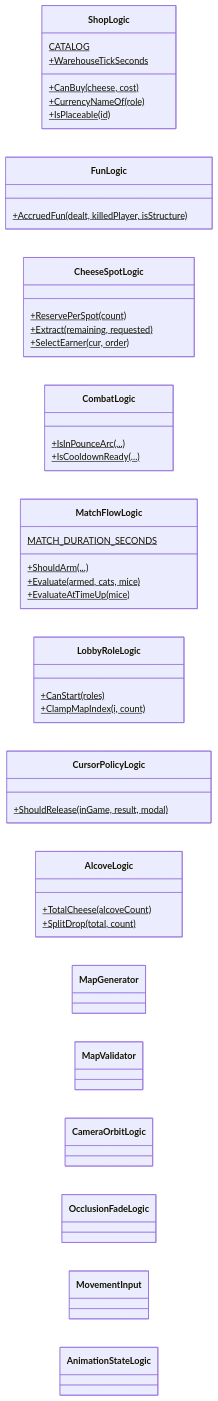
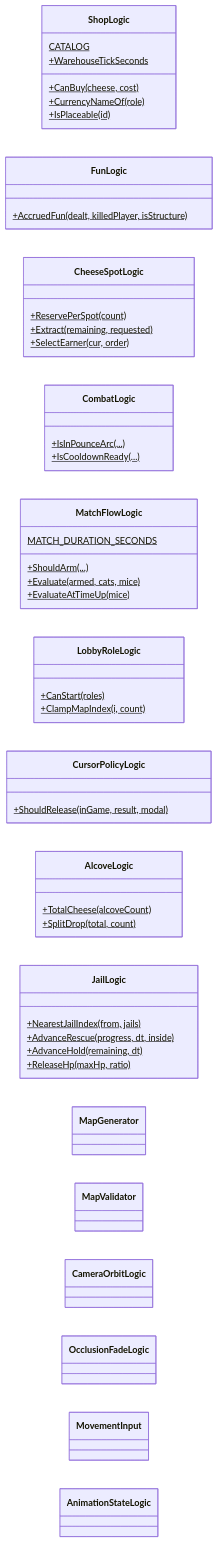
Before and after one commit to JeahanPark/The-Cheese-Thief-and-the-Cat: the eighth of 13 diagrams in CTC/docs/design-vault/코드 다이어그램.md, drawn with Mermaid. The commit also changed other lines of this file, not shown here.

First line of the commit message:
docs: 감옥 반영 — 코드 다이어그램 + 핸드오프 현행화

````diff
--- a/CTC/docs/design-vault/코드 다이어그램.md
+++ b/CTC/docs/design-vault/코드 다이어그램.md
@@ -291,46 +316,52 @@
 ```mermaid
 classDiagram
     direction LR
     class ShopLogic {
         CATALOG$
         +CanBuy(cheese, cost)$
         +CurrencyNameOf(role)$
         +IsPlaceable(id)$
         +WarehouseTickSeconds$
     }
     class FunLogic {
         +AccruedFun(dealt, killedPlayer, isStructure)$
     }
     class CheeseSpotLogic {
         +ReservePerSpot(count)$
         +Extract(remaining, requested)$
         +SelectEarner(cur, order)$
     }
     class CombatLogic {
         +IsInPounceArc(...)$
         +IsCooldownReady(...)$
     }
     class MatchFlowLogic {
         MATCH_DURATION_SECONDS$
         +ShouldArm(...)$
         +Evaluate(armed, cats, mice)$
         +EvaluateAtTimeUp(mice)$
     }
     class LobbyRoleLogic {
         +CanStart(roles)$
         +ClampMapIndex(i, count)$
     }
     class CursorPolicyLogic {
         +ShouldRelease(inGame, result, modal)$
     }
     class AlcoveLogic {
         +TotalCheese(alcoveCount)$
         +SplitDrop(total, count)$
     }
+    class JailLogic {
+        +NearestJailIndex(from, jails)$
+        +AdvanceRescue(progress, dt, inside)$
+        +AdvanceHold(remaining, dt)$
+        +ReleaseHp(maxHp, ratio)$
+    }
     class MapGenerator
     class MapValidator
     class CameraOrbitLogic
     class OcclusionFadeLogic
     class MovementInput
     class AnimationStateLogic
 ```
````
